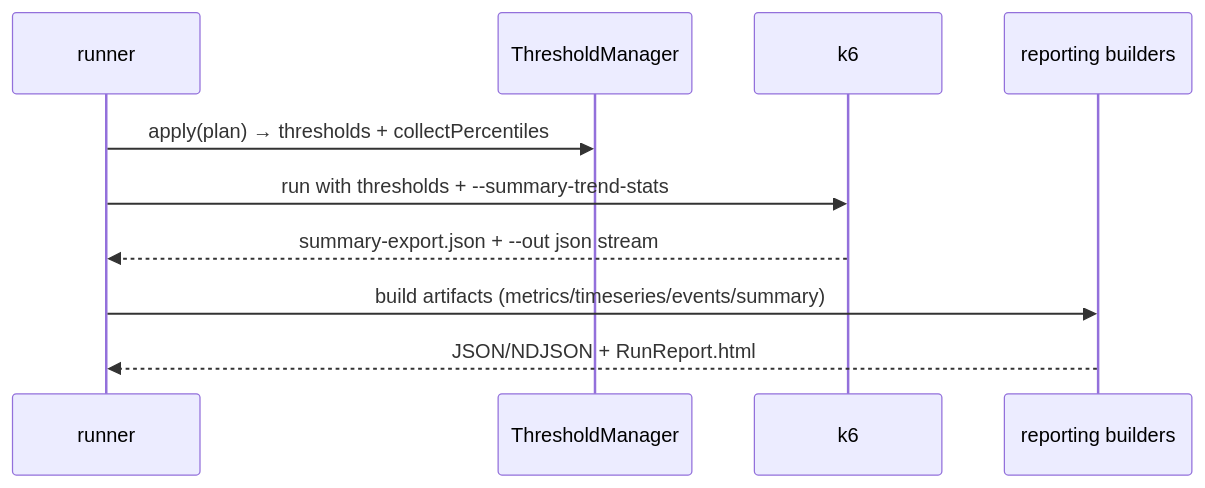
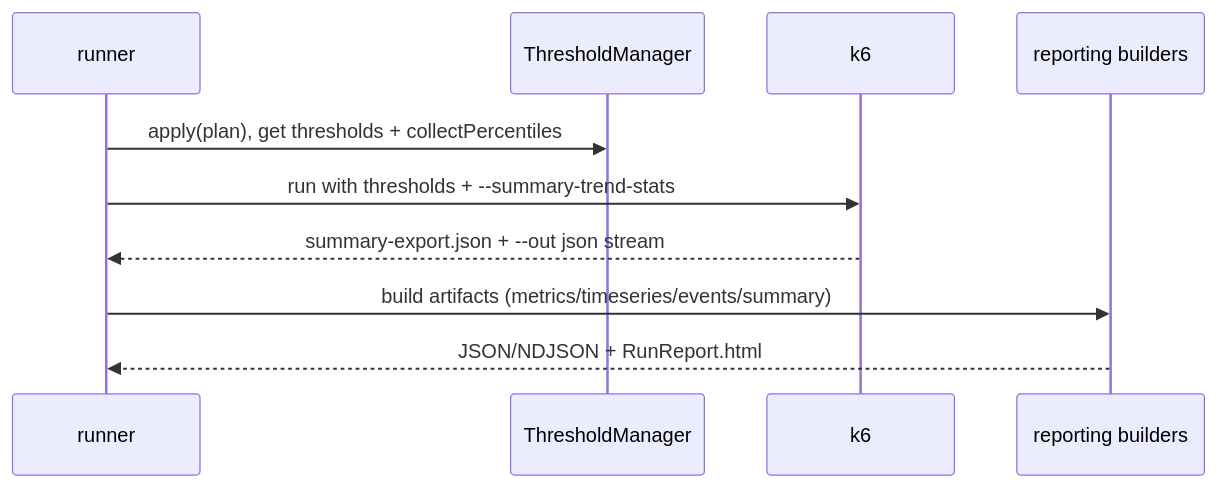
Before and after one commit to Mechavenger-adi/PerfFramework_k6: the second of 2 diagrams in engineering_docs/edd/EDD-reporting.md, drawn with Mermaid. The commit also changed 4 other files, not shown here.

First line of the commit message:
docs(engineering): fix Mermaid sequence/state diagrams

````diff
--- a/engineering_docs/edd/EDD-reporting.md
+++ b/engineering_docs/edd/EDD-reporting.md
@@ -78,12 +78,12 @@
 ```mermaid
 sequenceDiagram
   participant RUN as runner
   participant TM as ThresholdManager
   participant K6 as k6
   participant B as reporting builders
-  RUN->>TM: apply(plan) → thresholds + collectPercentiles
+  RUN->>TM: apply(plan), get thresholds + collectPercentiles
   RUN->>K6: run with thresholds + --summary-trend-stats
   K6-->>RUN: summary-export.json + --out json stream
   RUN->>B: build artifacts (metrics/timeseries/events/summary)
   B-->>RUN: JSON/NDJSON + RunReport.html
 ```
````
